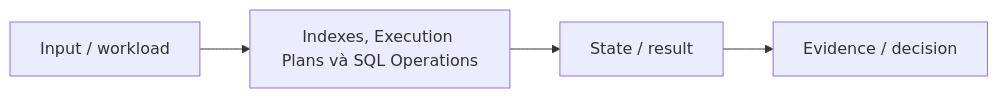
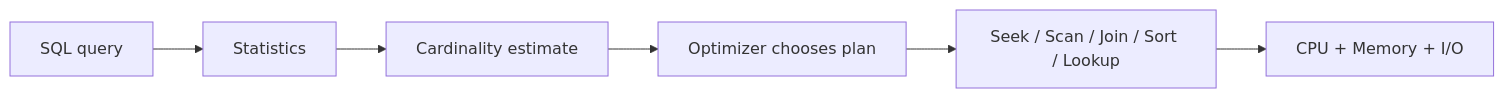
Before and after one commit to Trinhduyet/trinhduyet.github.io: the first of 2 diagrams in docs/05-sql/indexes-execution-plans-and-operations.md, drawn with Mermaid. The commit also changed other lines of this file, not shown here.

Commit message:
docs(sql): rewrite indexes and execution plans with diagnostics

````diff
--- a/docs/05-sql/indexes-execution-plans-and-operations.md
+++ b/docs/05-sql/indexes-execution-plans-and-operations.md
@@ -19,4 +11,8 @@
-~~~mermaid
+```mermaid
 flowchart LR
-    A["Input / workload"] --> B["Indexes, Execution Plans và SQL Operations"] --> C["State / result"] --> D["Evidence / decision"]
-~~~
+    A[SQL query] --> B[Statistics]
+    B --> C[Cardinality estimate]
+    C --> D[Optimizer chooses plan]
+    D --> E[Seek / Scan / Join / Sort / Lookup]
+    E --> F[CPU + Memory + I/O]
+```
````
